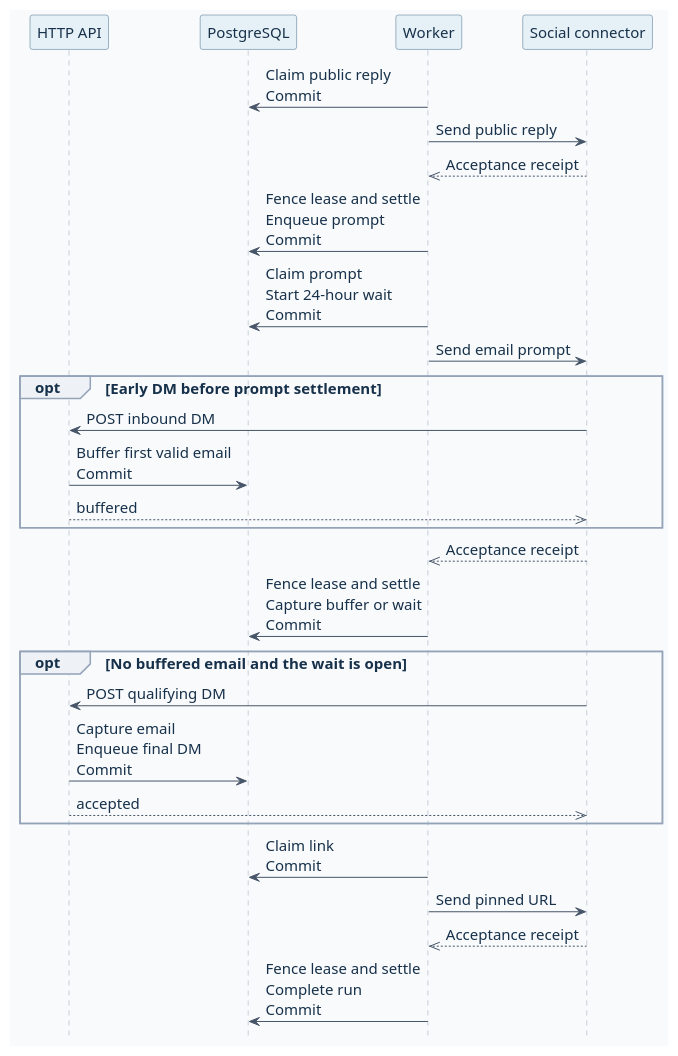
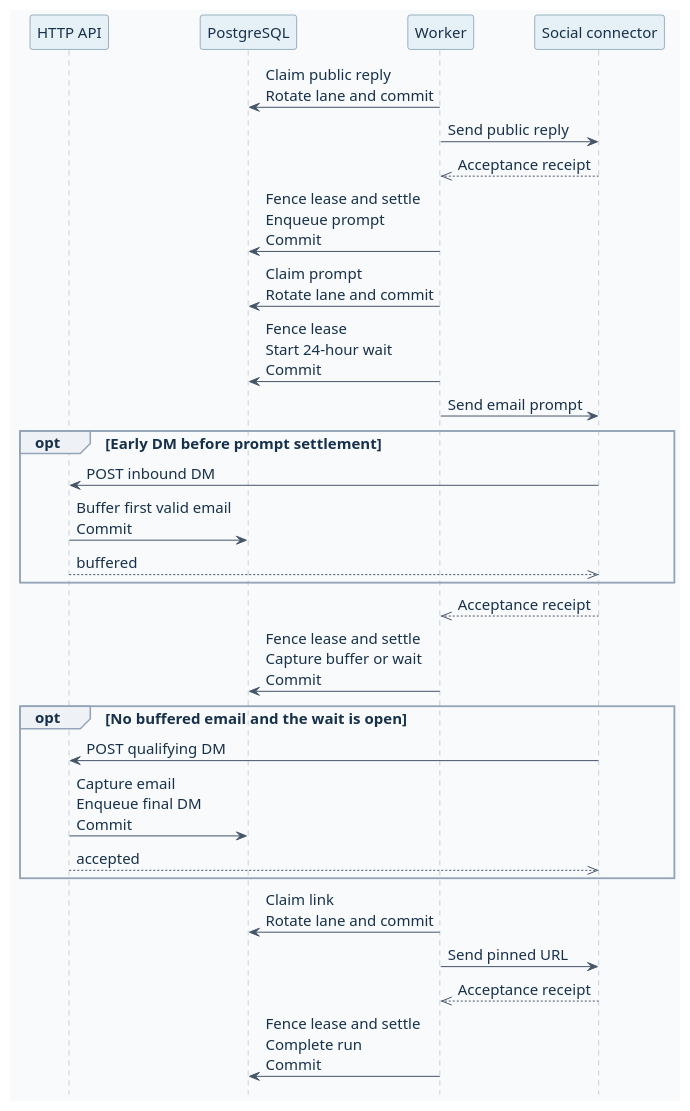
The diagram in docs/diagrams/delivery-sequence.puml (ByAxe/blotato-comment-automations), drawn with PlantUML before and after one commit. The commit also changed 21 other files, not shown here.

```diff
--- a/docs/diagrams/delivery-sequence.puml
+++ b/docs/diagrams/delivery-sequence.puml
@@ -1,52 +1,53 @@
 @startuml
 hide footbox
 skinparam BackgroundColor #F8FAFC
 skinparam DefaultFontName SansSerif
 skinparam DefaultFontColor #17314A
 skinparam DefaultFontSize 15
 skinparam Shadowing false
 skinparam ArrowColor #475569
 skinparam SequenceLifeLineBorderColor #94A3B8
 skinparam SequenceParticipantBackgroundColor #E6F0F7
 skinparam SequenceParticipantBorderColor #456C87
 skinparam SequenceGroupBackgroundColor #EEF2F6
 skinparam SequenceGroupBorderColor #94A3B8
 <style>
 participant {
   Padding 12
 }
 </style>
 skinparam BoxPadding 10
 skinparam maxMessageSize 175
 
 participant "HTTP API" as api
 participant "PostgreSQL" as db
 participant "Worker" as worker
 participant "Social connector" as gateway
 
-worker -> db : Claim public reply\nCommit
+worker -> db : Claim public reply\nRotate lane and commit
 worker -> gateway : Send public reply
 gateway -->> worker : Acceptance receipt
 worker -> db : Fence lease and settle\nEnqueue prompt\nCommit
 
-worker -> db : Claim prompt\nStart 24-hour wait\nCommit
+worker -> db : Claim prompt\nRotate lane and commit
+worker -> db : Fence lease\nStart 24-hour wait\nCommit
 worker -> gateway : Send email prompt
 opt Early DM before prompt settlement
   gateway -> api : POST inbound DM
   api -> db : Buffer first valid email\nCommit
   api -->> gateway : buffered
 end
 gateway -->> worker : Acceptance receipt
 worker -> db : Fence lease and settle\nCapture buffer or wait\nCommit
 
 opt No buffered email and the wait is open
   gateway -> api : POST qualifying DM
   api -> db : Capture email\nEnqueue final DM\nCommit
   api -->> gateway : accepted
 end
 
-worker -> db : Claim link\nCommit
+worker -> db : Claim link\nRotate lane and commit
 worker -> gateway : Send pinned URL
 gateway -->> worker : Acceptance receipt
 worker -> db : Fence lease and settle\nComplete run\nCommit
 @enduml
```
